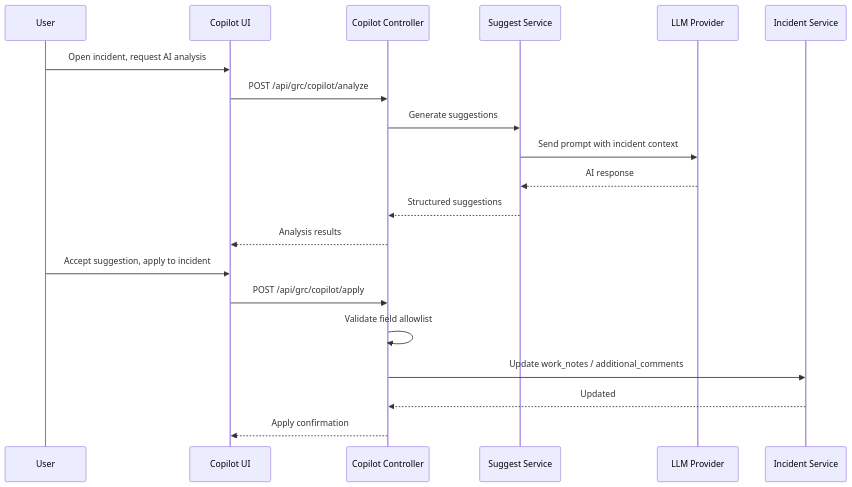
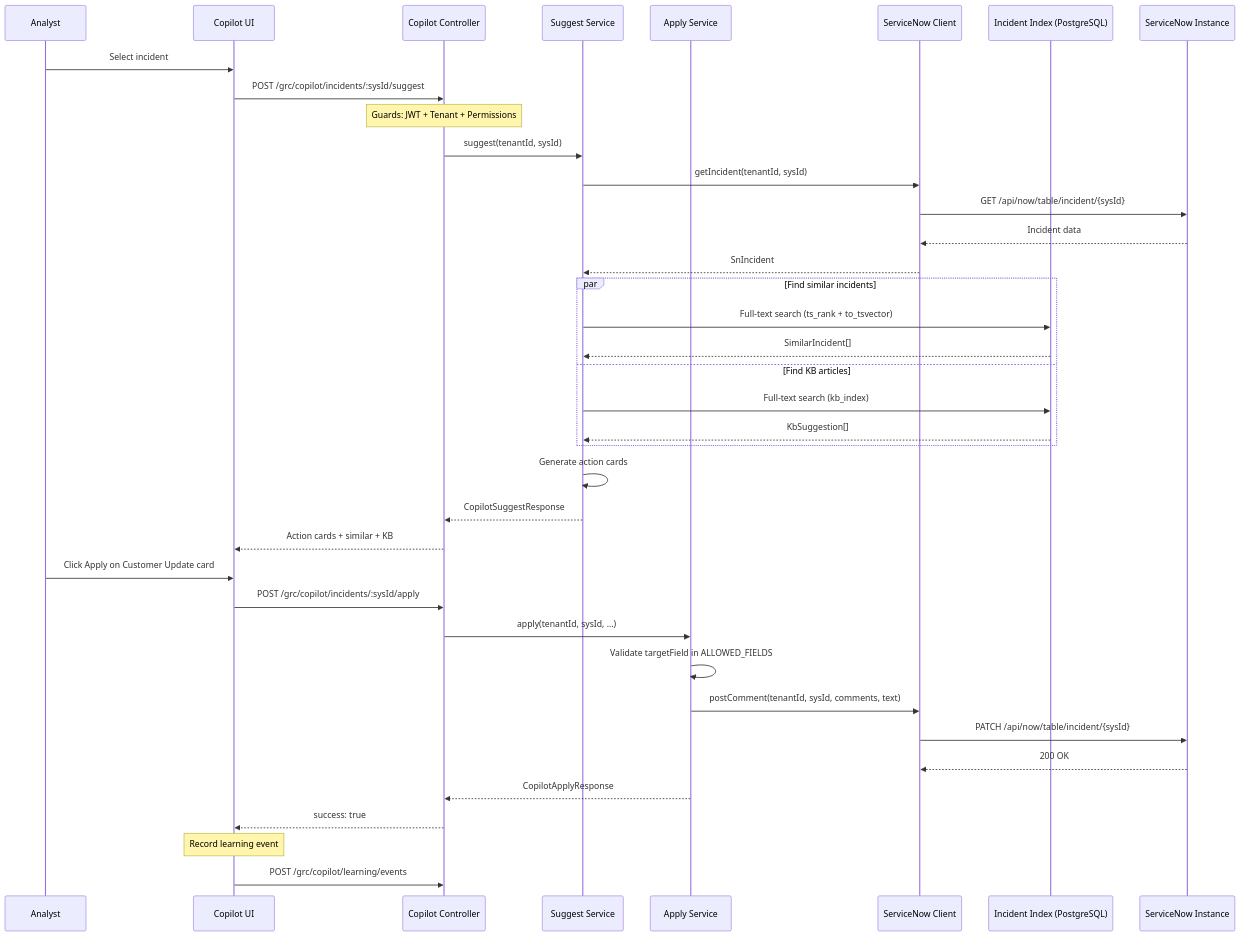
The third of 3 diagrams in docs/suite/06_AI_FEATURES.md (Gokhanagingil/grc), drawn with Mermaid before and after one commit. The commit also changed other lines of this file, not shown here.

````diff
--- a/docs/suite/06_AI_FEATURES.md
+++ b/docs/suite/06_AI_FEATURES.md
@@ -83,22 +634,46 @@
 ```mermaid
 sequenceDiagram
-    participant U as User
+    participant User as Analyst
     participant UI as Copilot UI
-    participant BE as Copilot Controller
-    participant SUG as Suggest Service
-    participant LLM as LLM Provider
-    participant ITSM as Incident Service
-    U->>UI: Open incident, request AI analysis
-    UI->>BE: POST /api/grc/copilot/analyze
-    BE->>SUG: Generate suggestions
-    SUG->>LLM: Send prompt with incident context
-    LLM-->>SUG: AI response
-    SUG-->>BE: Structured suggestions
-    BE-->>UI: Analysis results
-    U->>UI: Accept suggestion, apply to incident
-    UI->>BE: POST /api/grc/copilot/apply
-    BE->>BE: Validate field allowlist
-    BE->>ITSM: Update work_notes / additional_comments
-    ITSM-->>BE: Updated
-    BE-->>UI: Apply confirmation
+    participant CC as Copilot Controller
+    participant SS as Suggest Service
+    participant AS as Apply Service
+    participant SNC as ServiceNow Client
+    participant IDX as Incident Index (PostgreSQL)
+    participant SN as ServiceNow Instance
+
+    User->>UI: Select incident
+    UI->>CC: POST /grc/copilot/incidents/:sysId/suggest
+    Note over CC: Guards: JWT + Tenant + Permissions
+
+    CC->>SS: suggest(tenantId, sysId)
+    SS->>SNC: getIncident(tenantId, sysId)
+    SNC->>SN: GET /api/now/table/incident/{sysId}
+    SN-->>SNC: Incident data
+    SNC-->>SS: SnIncident
+
+    par Find similar incidents
+        SS->>IDX: Full-text search (ts_rank + to_tsvector)
+        IDX-->>SS: SimilarIncident[]
+    and Find KB articles
+        SS->>IDX: Full-text search (kb_index)
+        IDX-->>SS: KbSuggestion[]
+    end
+
+    SS->>SS: Generate action cards
+    SS-->>CC: CopilotSuggestResponse
+    CC-->>UI: Action cards + similar + KB
+
+    User->>UI: Click Apply on Customer Update card
+    UI->>CC: POST /grc/copilot/incidents/:sysId/apply
+    CC->>AS: apply(tenantId, sysId, ...)
+    AS->>AS: Validate targetField in ALLOWED_FIELDS
+    AS->>SNC: postComment(tenantId, sysId, comments, text)
+    SNC->>SN: PATCH /api/now/table/incident/{sysId}
+    SN-->>SNC: 200 OK
+    AS-->>CC: CopilotApplyResponse
+    CC-->>UI: success: true
+
+    Note over UI: Record learning event
+    UI->>CC: POST /grc/copilot/learning/events
 ```
````
